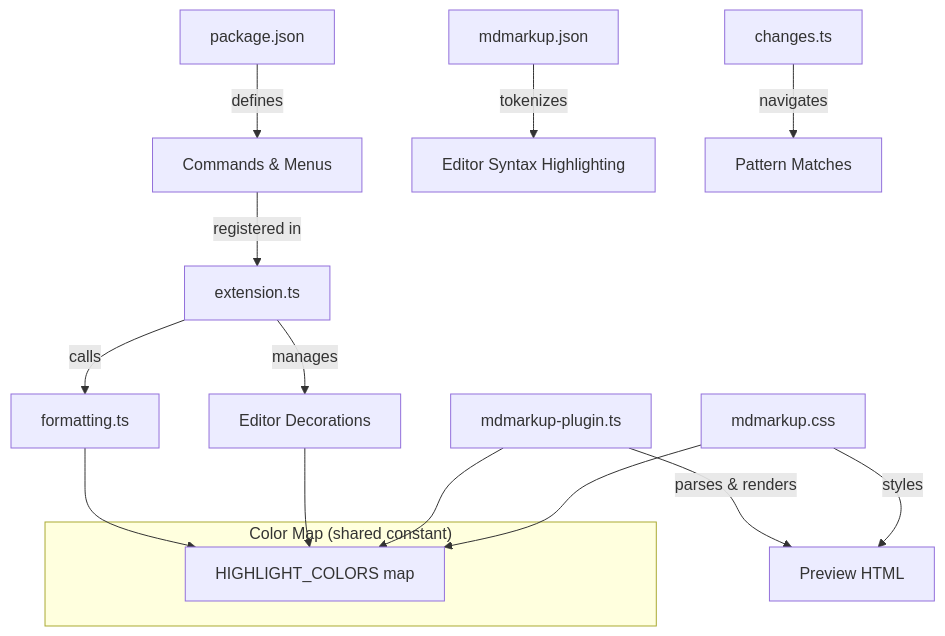
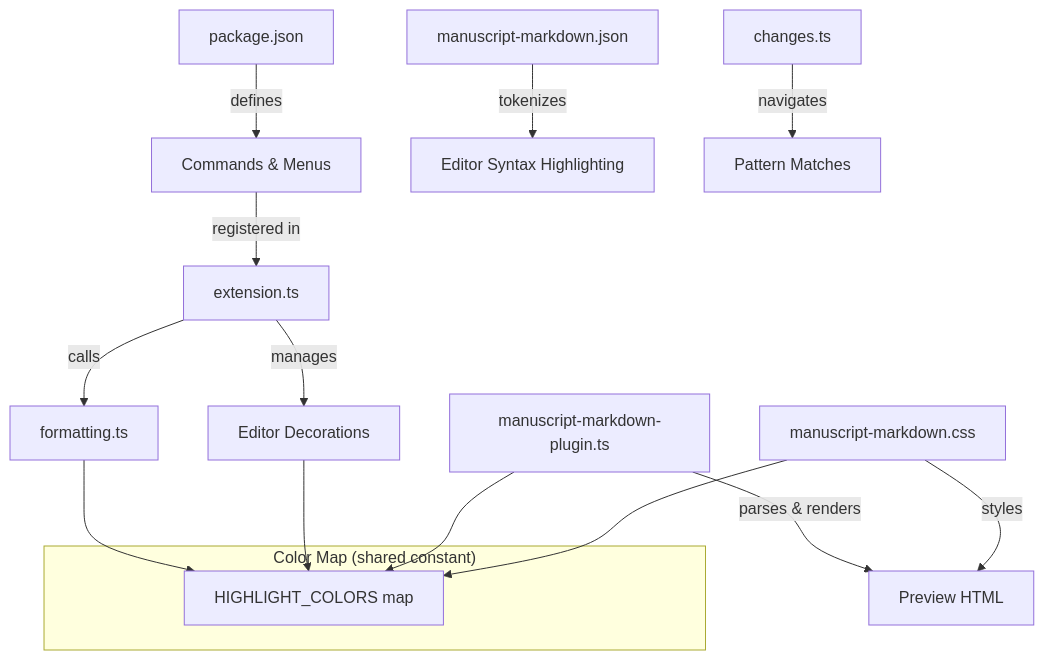
The diagram in .kiro/specs/highlight-colors/design.md (jbearak/scimark), drawn with Mermaid before and after one commit. The commit also changed other lines of this file and 48 other files, not shown here.

First line of the commit message:
Rename mdmarkup to Manuscript Markdown

````diff
--- a/.kiro/specs/highlight-colors/design.md
+++ b/.kiro/specs/highlight-colors/design.md
@@ -22,20 +22,20 @@
 ```mermaid
 graph TD
     A[package.json] -->|defines| B[Commands & Menus]
     B -->|registered in| C[extension.ts]
     C -->|calls| D[formatting.ts]
     C -->|manages| E[Editor Decorations]
-    F[mdmarkup-plugin.ts] -->|parses & renders| G[Preview HTML]
-    H[mdmarkup.css] -->|styles| G
-    I[mdmarkup.json] -->|tokenizes| J[Editor Syntax Highlighting]
+    F[manuscript-markdown-plugin.ts] -->|parses & renders| G[Preview HTML]
+    H[manuscript-markdown.css] -->|styles| G
+    I[manuscript-markdown.json] -->|tokenizes| J[Editor Syntax Highlighting]
     K[changes.ts] -->|navigates| L[Pattern Matches]
     
     subgraph "Color Map (shared constant)"
         M[HIGHLIGHT_COLORS map]
     end
     
     D --> M
     E --> M
     F --> M
     H --> M
 ```
````
